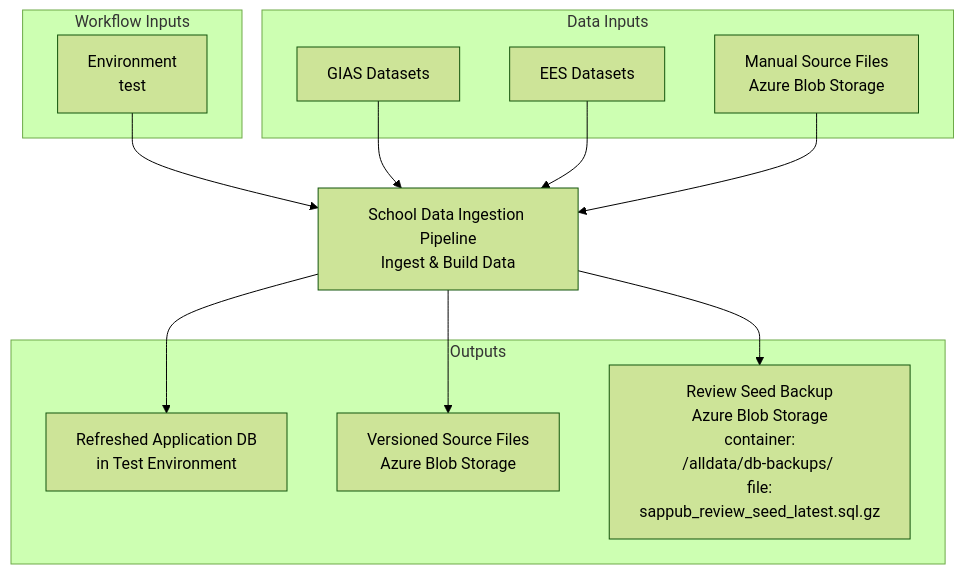
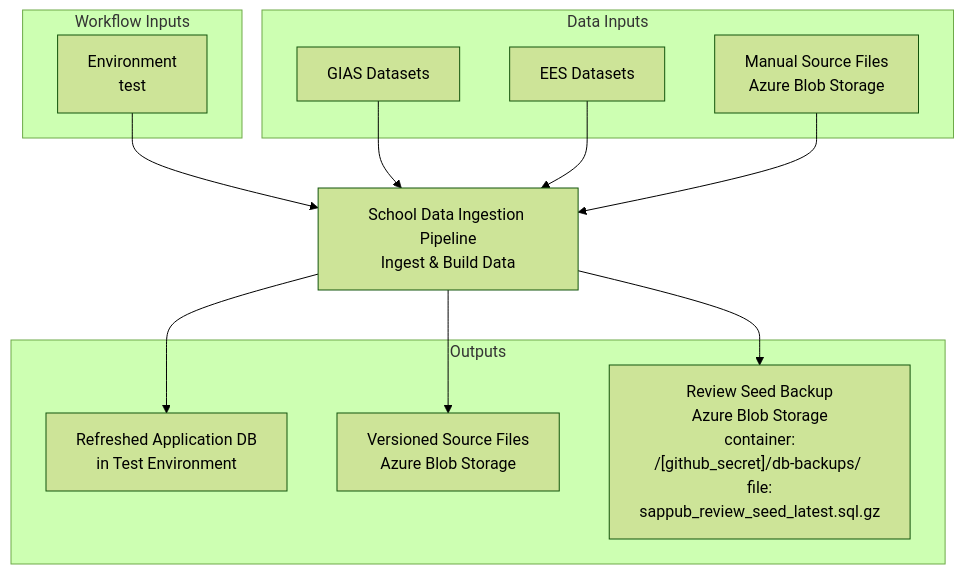
The first of 2 diagrams in docs/workflows/data-ingestion.md (DFE-Digital/sap-public), drawn with Mermaid (forest theme) before and after one commit. The commit also changed other lines of this file and 1 other file, not shown here.

````diff
--- a/docs/workflows/data-ingestion.md
+++ b/docs/workflows/data-ingestion.md
@@ -5,31 +8,31 @@
 ```mermaid
 flowchart TD
 
     subgraph Workflow Inputs
         A1["Environment<br/>test"]
     end
 
     subgraph Data Inputs
         D1["GIAS Datasets"]
         D2["EES Datasets"]
         D3["Manual Source Files<br/>Azure Blob Storage"]
     end
 
     B["School Data Ingestion Pipeline<br/>Ingest & Build Data"]
 
     subgraph Outputs
         C1["Refreshed Application DB<br/>in Test Environment"]
         C2["Versioned Source Files<br/>Azure Blob Storage"]
-        C3["Review Seed Backup<br>Azure Blob Storage<br/>container:<br/>/alldata/db-backups/ <br/>file:<br/>sappub_review_seed_latest.sql.gz"]
+        C3["Review Seed Backup<br>Azure Blob Storage<br/>container:<br/>/[github_secret]/db-backups/ <br/>file:<br/>sappub_review_seed_latest.sql.gz"]
     end
 
     A1 --> B
 
     D1 --> B
     D2 --> B
     D3 --> B
 
     B --> C1
     B --> C2
     B --> C3
 ```
````
